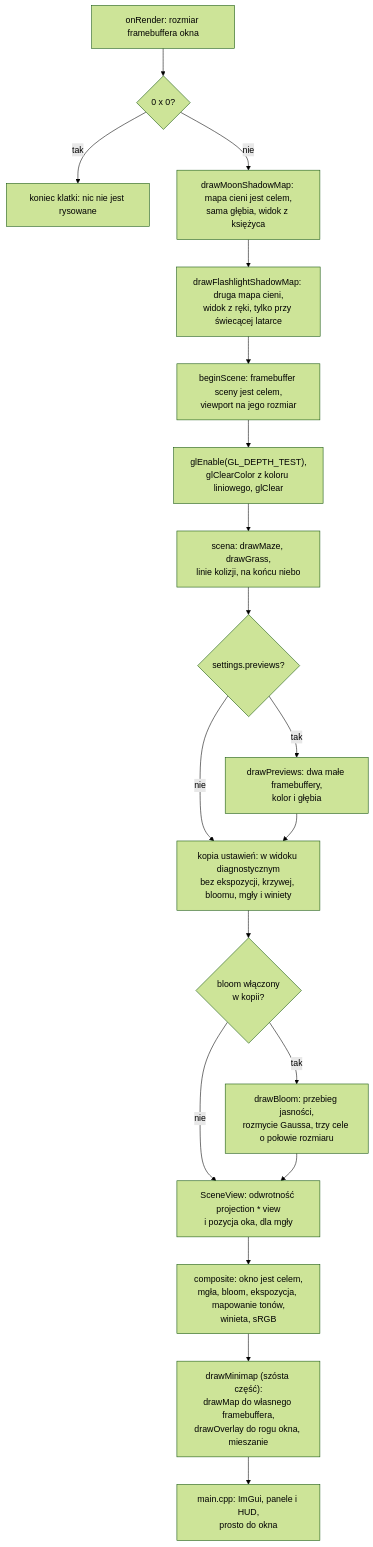
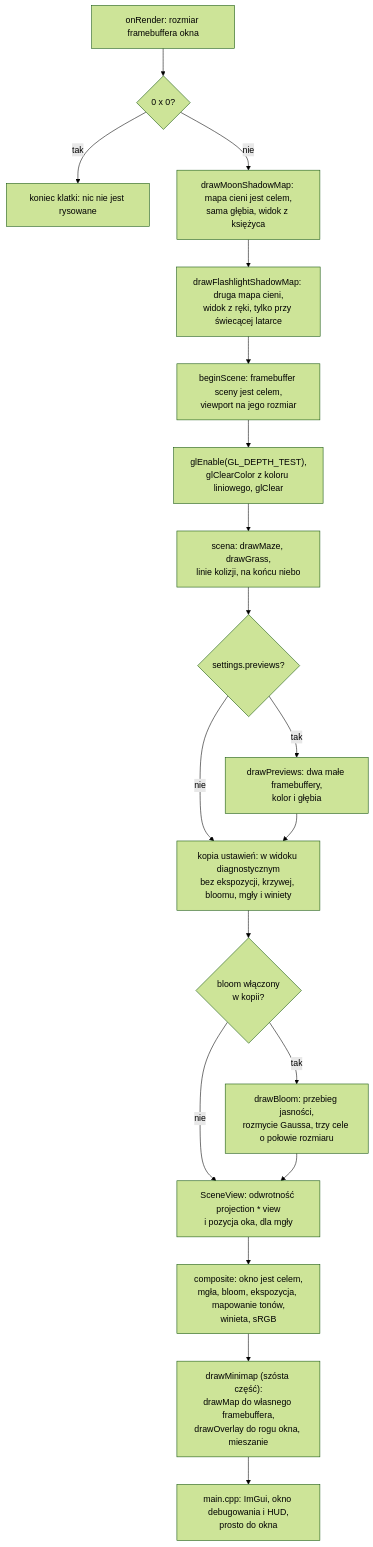
Before and after one commit to Shironex/night-maze: the second of 4 diagrams in docs/modules/renderer/post-process.md, drawn with Mermaid (forest theme). The commit also changed other lines of this file and 91 other files, not shown here.

````diff
--- a/docs/modules/renderer/post-process.md
+++ b/docs/modules/renderer/post-process.md
@@ -270,21 +270,21 @@
 ```mermaid
 flowchart TD
     A["onRender: rozmiar framebuffera okna"] --> B{"0 x 0?"}
     B -->|tak| Z["koniec klatki: nic nie jest rysowane"]
     B -->|nie| S["drawMoonShadowMap: mapa cieni jest celem,<br/>sama głębia, widok z księżyca"]
     S --> S2["drawFlashlightShadowMap: druga mapa cieni,<br/>widok z ręki, tylko przy świecącej latarce"]
     S2 --> C["beginScene: framebuffer sceny jest celem,<br/>viewport na jego rozmiar"]
     C --> D["glEnable(GL_DEPTH_TEST),<br/>glClearColor z koloru liniowego, glClear"]
     D --> E["scena: drawMaze, drawGrass,<br/>linie kolizji, na końcu niebo"]
     E --> F{"settings.previews?"}
     F -->|tak| G["drawPreviews: dwa małe framebuffery,<br/>kolor i głębia"]
     F -->|nie| K
     G --> K["kopia ustawień: w widoku diagnostycznym<br/>bez ekspozycji, krzywej, bloomu, mgły i winiety"]
     K --> L{"bloom włączony<br/>w kopii?"}
     L -->|tak| M["drawBloom: przebieg jasności,<br/>rozmycie Gaussa, trzy cele o połowie rozmiaru"]
     L -->|nie| V
     M --> V["SceneView: odwrotność projection * view<br/>i pozycja oka, dla mgły"]
     V --> H["composite: okno jest celem,<br/>mgła, bloom, ekspozycja, mapowanie tonów,<br/>winieta, sRGB"]
     H --> MM["drawMinimap (szósta część):<br/>drawMap do własnego framebuffera,<br/>drawOverlay do rogu okna, mieszanie"]
-    MM --> I["main.cpp: ImGui, panele i HUD,<br/>prosto do okna"]
+    MM --> I["main.cpp: ImGui, okno debugowania i HUD,<br/>prosto do okna"]
 ```
````
